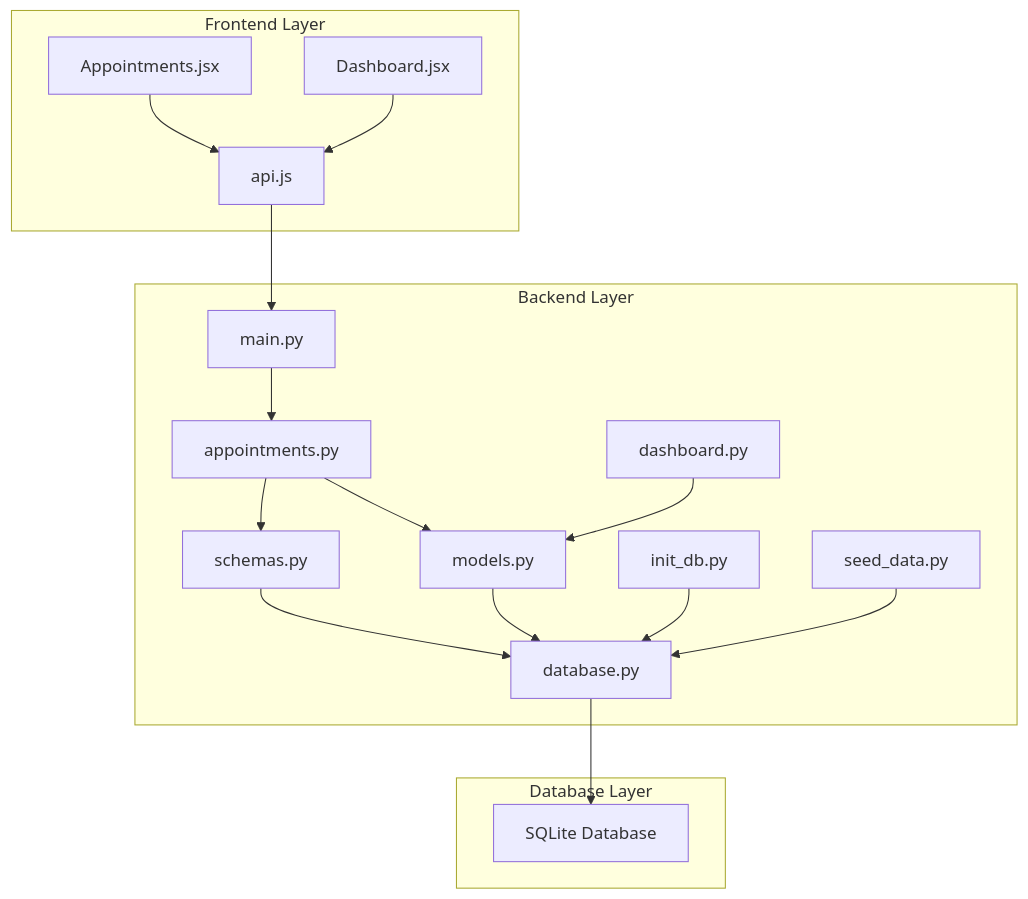
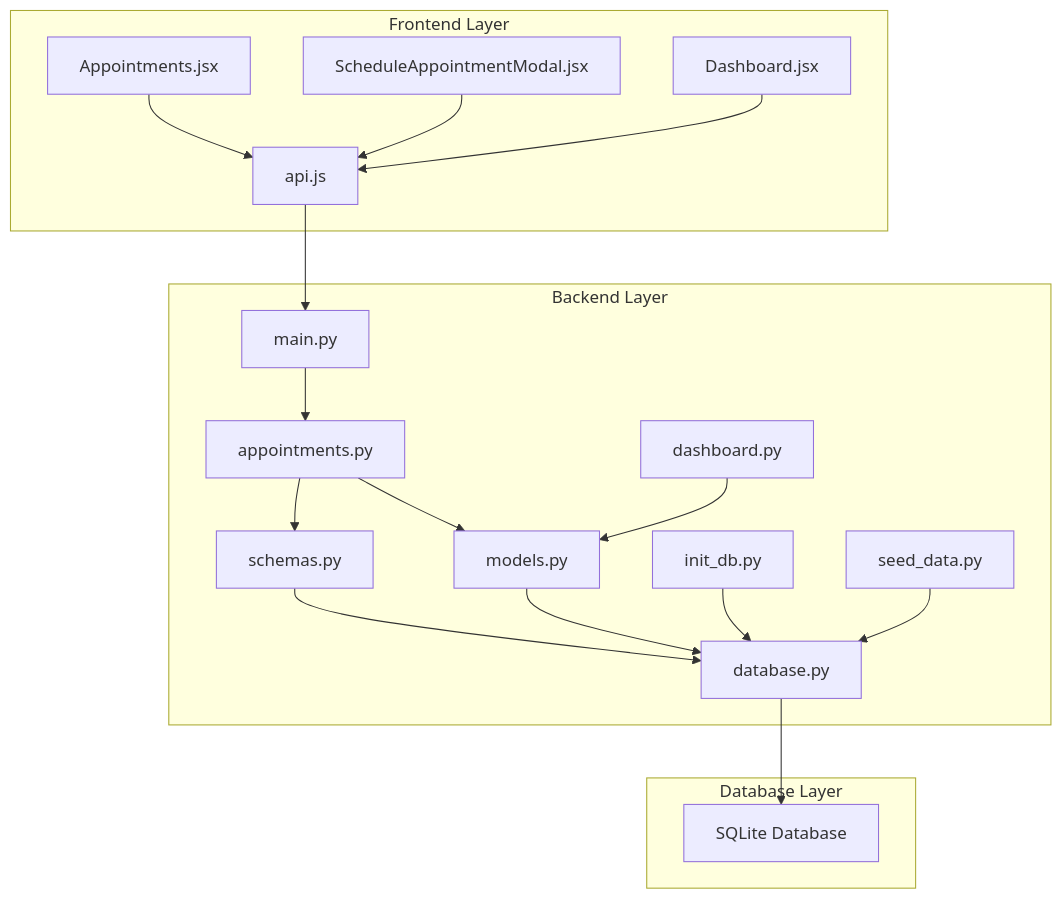
The first of 8 diagrams in .qoder/repowiki/en/content/Frontend Component Architecture/Appointments Component.md (kasliwalsarthak7972/smart-healthcare-dashboard), drawn with Mermaid before and after one commit. The commit also changed other lines of this file and 7 other files, not shown here.

````diff
--- a/.qoder/repowiki/en/content/Frontend Component Architecture/Appointments Component.md
+++ b/.qoder/repowiki/en/content/Frontend Component Architecture/Appointments Component.md
@@ -38,33 +48,35 @@
 ```mermaid
 graph TB
 subgraph "Frontend Layer"
 FE_API[api.js]
 FE_APPTS[Appointments.jsx]
+FE_SCHEDULE_MODAL[ScheduleAppointmentModal.jsx]
 FE_DASH[Dashboard.jsx]
 end
 subgraph "Backend Layer"
 BE_MAIN[main.py]
 BE_ROUTER[appointments.py]
 BE_MODELS[models.py]
 BE_SCHEMAS[schemas.py]
 BE_DB[database.py]
 BE_INIT[init_db.py]
 BE_SEED[seed_data.py]
 BE_DASH[dashboard.py]
 end
 subgraph "Database Layer"
 DB_SQLITE[SQLite Database]
 end
 FE_API --> BE_MAIN
 FE_APPTS --> FE_API
+FE_SCHEDULE_MODAL --> FE_API
 FE_DASH --> FE_API
 BE_MAIN --> BE_ROUTER
 BE_ROUTER --> BE_MODELS
 BE_ROUTER --> BE_SCHEMAS
 BE_MODELS --> BE_DB
 BE_SCHEMAS --> BE_DB
 BE_INIT --> BE_DB
 BE_SEED --> BE_DB
 BE_DASH --> BE_MODELS
 BE_DB --> DB_SQLITE
 ```
````
